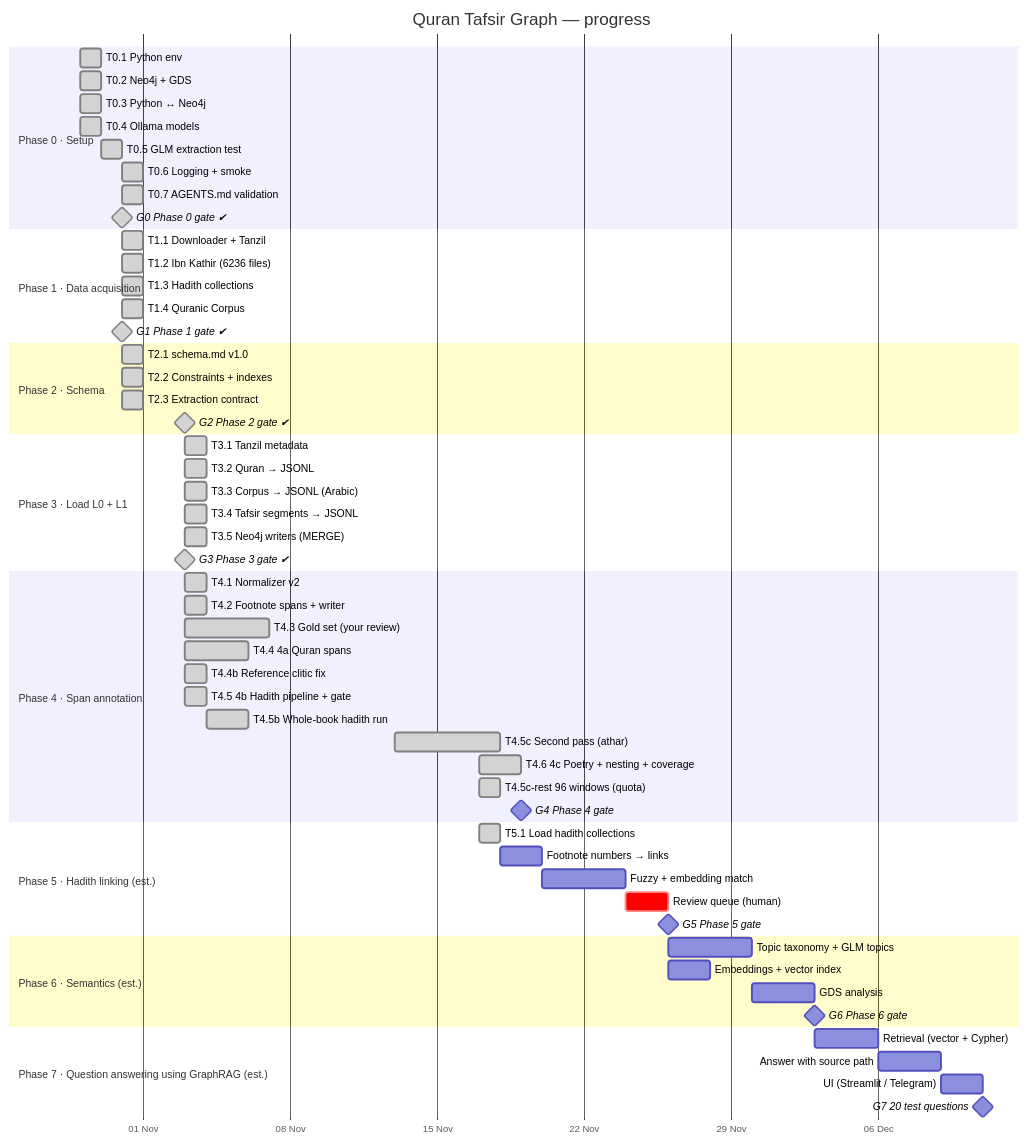
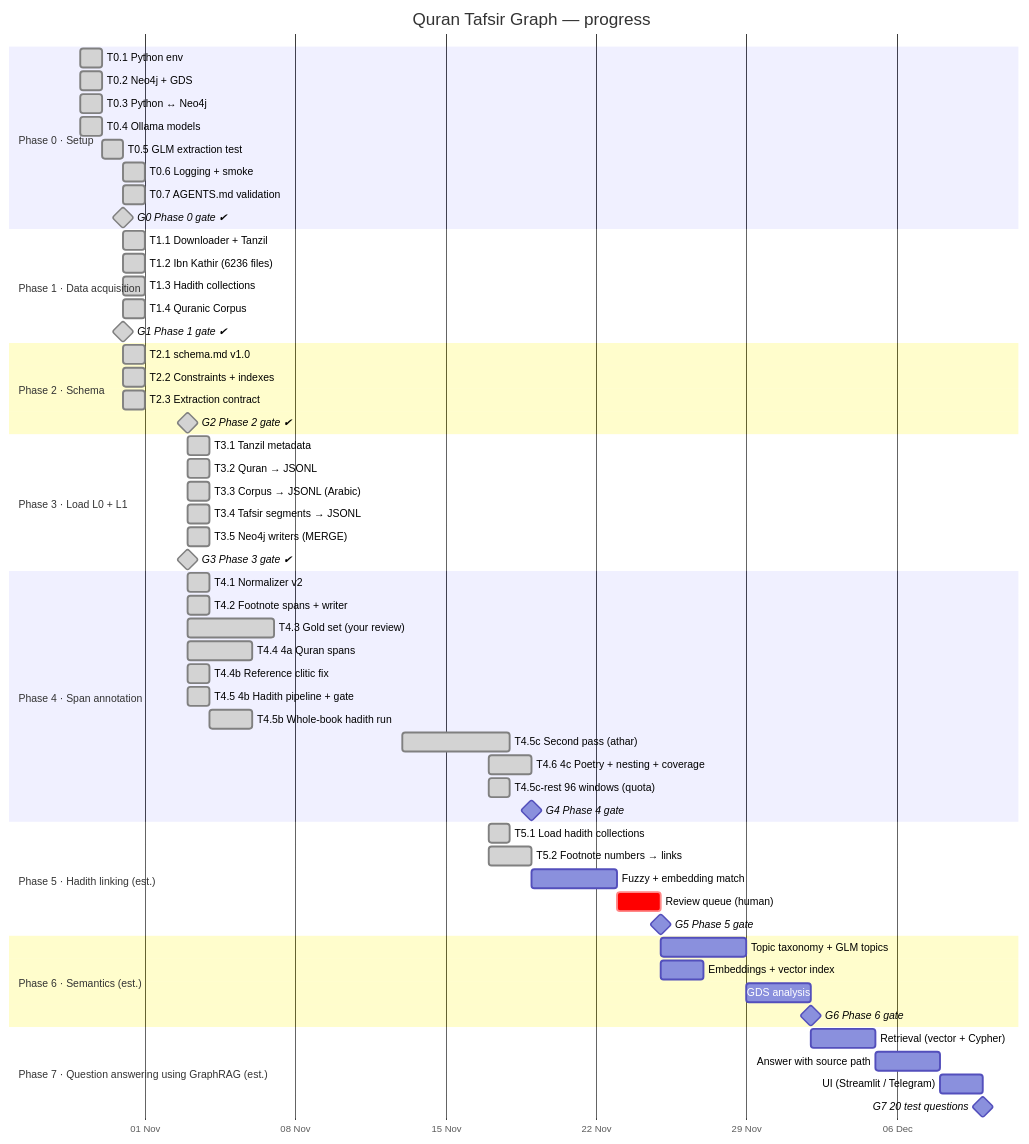
Before and after one commit to mohamed-soubhi/quran-graph: the diagram in docs/GANTT.md, drawn with Mermaid. The commit also changed other lines of this file and 6 other files, not shown here.

````diff
--- a/docs/GANTT.md
+++ b/docs/GANTT.md
@@ -9,70 +9,70 @@
 ```mermaid
 gantt
     title Quran Tafsir Graph — progress
     dateFormat YYYY-MM-DD
     axisFormat %d %b
     todayMarker stroke-width:3px,stroke:#d33
 
     section Phase 0 · Setup
     T0.1 Python env                 :done, t01, 2026-10-29, 1d
     T0.2 Neo4j + GDS                :done, t02, 2026-10-29, 1d
     T0.3 Python ↔ Neo4j             :done, t03, 2026-10-29, 1d
     T0.4 Ollama models              :done, t04, 2026-10-29, 1d
     T0.5 GLM extraction test        :done, t05, 2026-10-30, 1d
     T0.6 Logging + smoke            :done, t06, 2026-10-31, 1d
     T0.7 AGENTS.md validation       :done, t07, 2026-10-31, 1d
     G0 Phase 0 gate ✔               :milestone, done, g0, 2026-10-31, 0d
 
     section Phase 1 · Data acquisition
     T1.1 Downloader + Tanzil        :done, t11, 2026-10-31, 1d
     T1.2 Ibn Kathir (6236 files)    :done, t12, 2026-10-31, 1d
     T1.3 Hadith collections         :done, t13, 2026-10-31, 1d
     T1.4 Quranic Corpus            :done, t14, 2026-10-31, 1d
     G1 Phase 1 gate ✔               :milestone, done, g1, 2026-10-31, 0d
 
     section Phase 2 · Schema
     T2.1 schema.md v1.0            :done, t21, 2026-10-31, 1d
     T2.2 Constraints + indexes      :done, t22, 2026-10-31, 1d
     T2.3 Extraction contract        :done, t23, 2026-10-31, 1d
     G2 Phase 2 gate ✔               :milestone, done, g2, 2026-11-03, 0d
 
     section Phase 3 · Load L0 + L1
     T3.1 Tanzil metadata            :done, t31, 2026-11-03, 1d
     T3.2 Quran → JSONL              :done, t32, 2026-11-03, 1d
     T3.3 Corpus → JSONL (Arabic)    :done, t33, 2026-11-03, 1d
     T3.4 Tafsir segments → JSONL    :done, t34, 2026-11-03, 1d
     T3.5 Neo4j writers (MERGE)      :done, p3b, 2026-11-03, 1d
     G3 Phase 3 gate ✔               :milestone, done, g3, 2026-11-03, 0d
 
     section Phase 4 · Span annotation
     T4.1 Normalizer v2              :done, t41, 2026-11-03, 1d
     T4.2 Footnote spans + writer    :done, t42, 2026-11-03, 1d
     T4.3 Gold set (your review)     :done, t43, 2026-11-03, 4d
     T4.4 4a Quran spans             :done, t44, 2026-11-03, 3d
     T4.4b Reference clitic fix      :done, t44b, 2026-11-03, 1d
     T4.5 4b Hadith pipeline + gate  :done, t45, 2026-11-03, 1d
     T4.5b Whole-book hadith run     :done, t45b, 2026-11-04, 2d
     T4.5c Second pass (athar)       :done, t45c, 2026-11-13, 5d
     T4.6 4c Poetry + nesting + coverage :done, p4c, 2026-11-17, 2d
     T4.5c-rest 96 windows (quota)   :done, t45r, 2026-11-17, 1d
     G4 Phase 4 gate                 :milestone, g4, after p4c, 0d
 
     section Phase 5 · Hadith linking (est.)
     T5.1 Load hadith collections    :done, t51, 2026-11-17, 1d
-    Footnote numbers → links        :p5a, after t51, 2d
+    T5.2 Footnote numbers → links   :done, p5a, 2026-11-17, 2d
     Fuzzy + embedding match         :p5b, after p5a, 4d
     Review queue (human)            :crit, p5c, after p5b, 2d
     G5 Phase 5 gate                 :milestone, g5, after p5c, 0d
 
     section Phase 6 · Semantics (est.)
     Topic taxonomy + GLM topics     :p6a, after g5, 4d
     Embeddings + vector index       :p6b, after g5, 2d
     GDS analysis                    :p6c, after p6a, 3d
     G6 Phase 6 gate                 :milestone, g6, after p6c, 0d
 
     section Phase 7 · Question answering using GraphRAG (est.)
     Retrieval (vector + Cypher)     :p7a, after g6, 3d
     Answer with source path         :p7b, after p7a, 3d
     UI (Streamlit / Telegram)       :p7c, after p7b, 2d
     G7 20 test questions            :milestone, g7, after p7c, 0d
 ```
````
